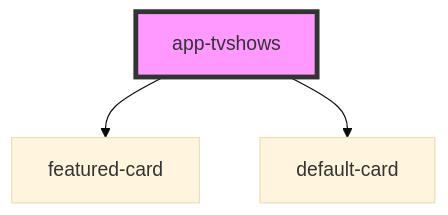
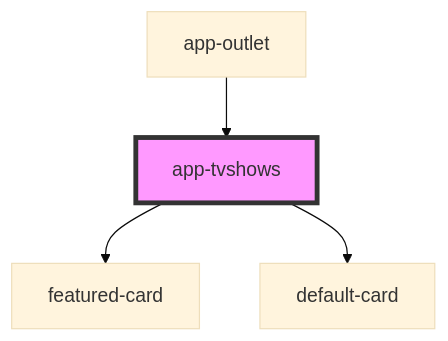
Before and after one commit to upstroke/tmdb-stencil-frontend: the diagram in src/components/pages/app-tvshows/readme.md, drawn with Mermaid (base theme). The commit also changed other lines of this file and 5 other files, not shown here.

````diff
--- a/src/components/pages/app-tvshows/readme.md
+++ b/src/components/pages/app-tvshows/readme.md
@@ -16,6 +20,7 @@
 ```mermaid
 graph TD;
   app-tvshows --> featured-card
   app-tvshows --> default-card
+  app-outlet --> app-tvshows
   style app-tvshows fill:#f9f,stroke:#333,stroke-width:4px
 ```
````
